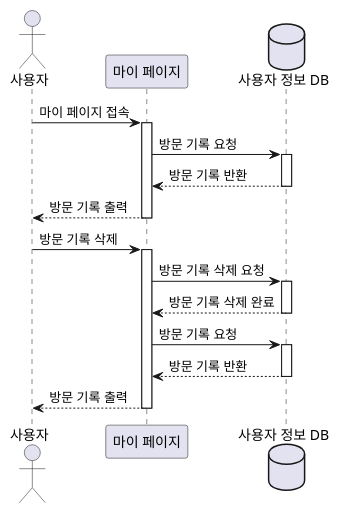
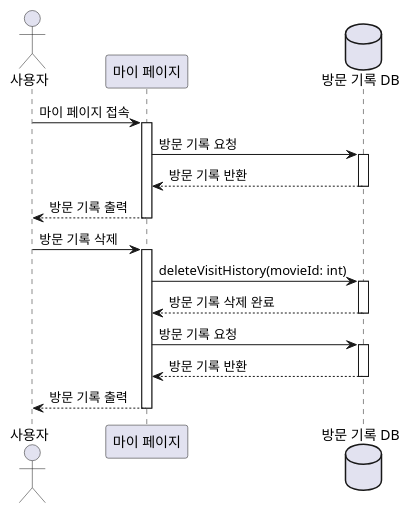
The diagram in src/sequence_visitHistory.puml (marmot8080/SWE), drawn with PlantUML before and after one commit. The commit also changed 6 other files, not shown here.

Commit message:
Update sequence diagram

```diff
--- a/src/sequence_visitHistory.puml
+++ b/src/sequence_visitHistory.puml
@@ -1,29 +1,29 @@
 @startuml
 
 actor "사용자" as user
 participant "마이 페이지" as myPage
-database "사용자 정보 DB" as db
+database "방문 기록 DB" as db
 
 user -> myPage : 마이 페이지 접속
 activate myPage
 myPage -> db : 방문 기록 요청
 activate db
 db --> myPage : 방문 기록 반환
 deactivate db
 myPage --> user : 방문 기록 출력
 deactivate myPage
 
 user -> myPage : 방문 기록 삭제
 activate myPage
-myPage -> db : 방문 기록 삭제 요청
+myPage -> db : deleteVisitHistory(movieId: int)
 activate db
 db --> myPage : 방문 기록 삭제 완료
 deactivate db
 myPage -> db : 방문 기록 요청
 activate db
 db --> myPage : 방문 기록 반환
 deactivate db
 myPage --> user : 방문 기록 출력
 deactivate myPage
 
 @enduml
```
